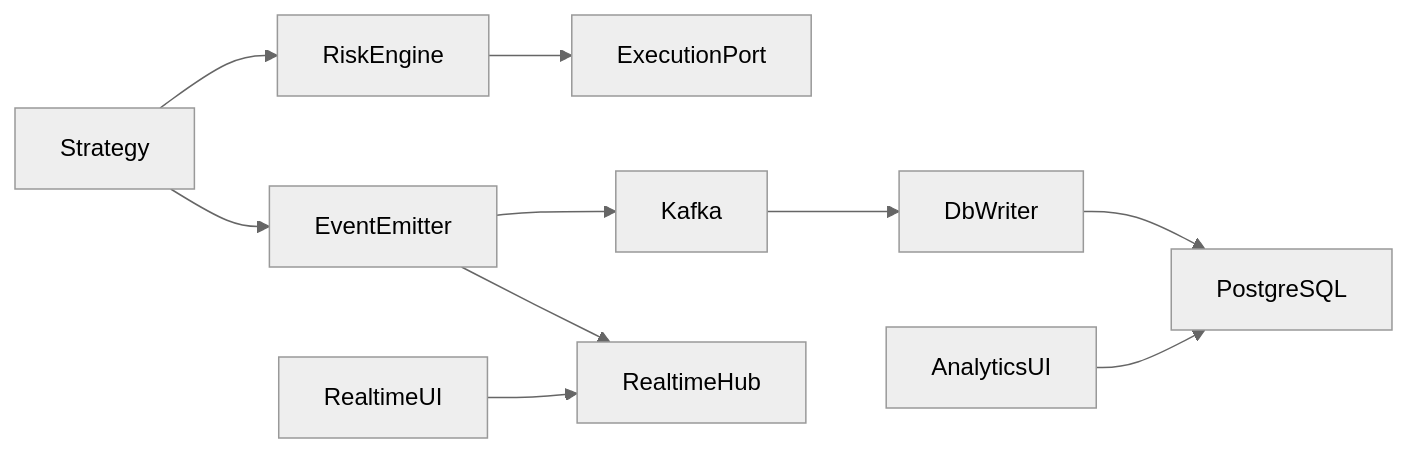
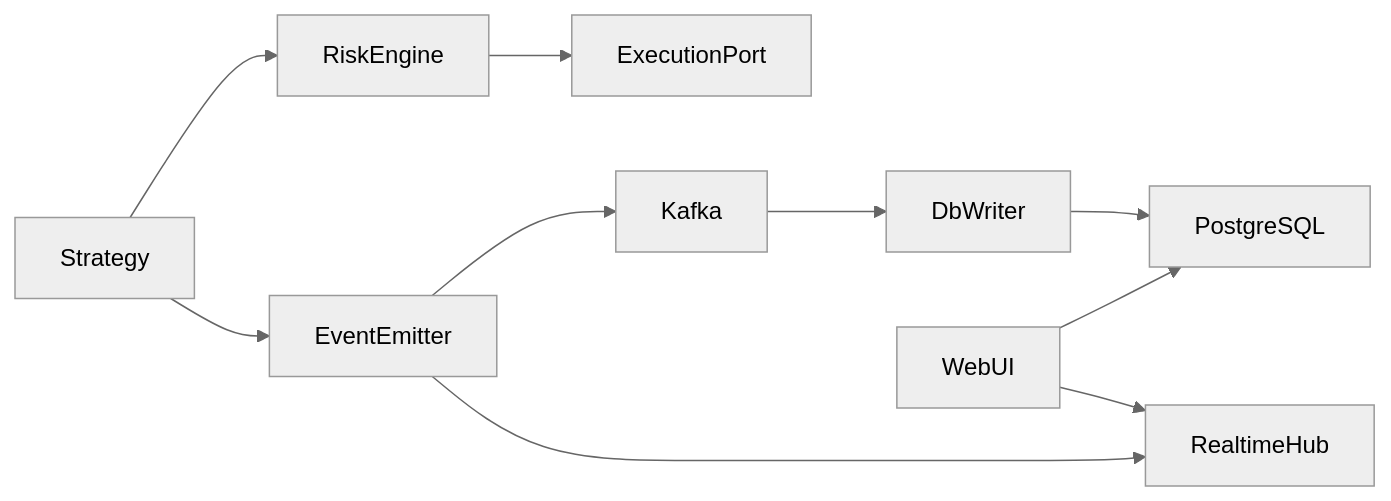
The diagram in docs/architecture.md (DonRicardoGosta/crypto_trader), drawn with Mermaid (neutral theme) before and after one commit. The commit also changed other lines of this file and 35 other files, not shown here.

````diff
--- a/docs/architecture.md
+++ b/docs/architecture.md
@@ -7,10 +7,10 @@
 ```mermaid
 flowchart LR
   Strategy --> RiskEngine --> ExecutionPort
   Strategy --> EventEmitter
   EventEmitter --> Kafka
   EventEmitter --> RealtimeHub
   Kafka --> DbWriter --> PostgreSQL
-  AnalyticsUI --> PostgreSQL
-  RealtimeUI --> RealtimeHub
+  WebUI --> PostgreSQL
+  WebUI --> RealtimeHub
 ```
````
